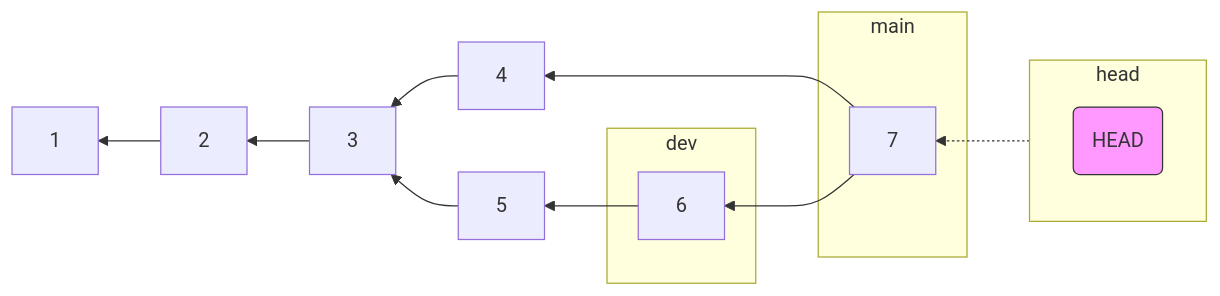
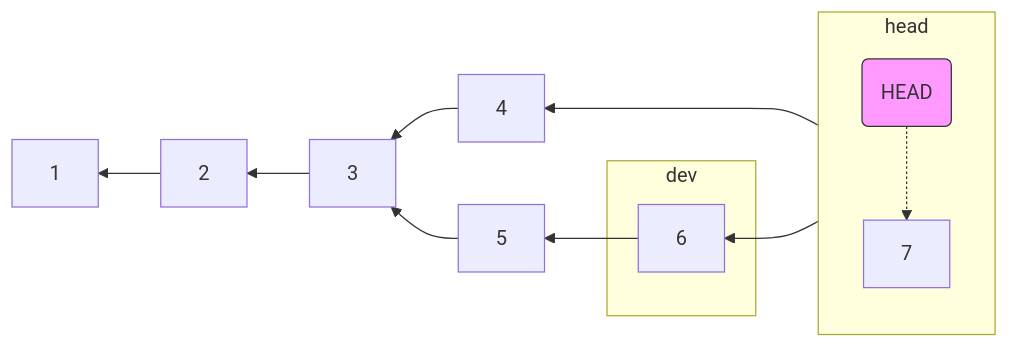
Before and after one commit to ualjjcanada/ejemplosMermade: the sixth of 6 diagrams in README.md, drawn with Mermaid.

````diff
--- a/README.md
+++ b/README.md
@@ -67,22 +67,19 @@
 ```mermaid
     flowchart RL;
     2-->1;
     3-->2;
     4-->3;
     5-->3;
     6-->5;
     7-->6;
     7-->4;
-    subgraph main
-    7
-    end;
     subgraph dev
     6
     end;
     subgraph head
       direction TB
       id1(HEAD) -.-> 7
       style id1 fill:#f9f,stroke:#333,stroke-width:1px
     end;
     
 ```
````
